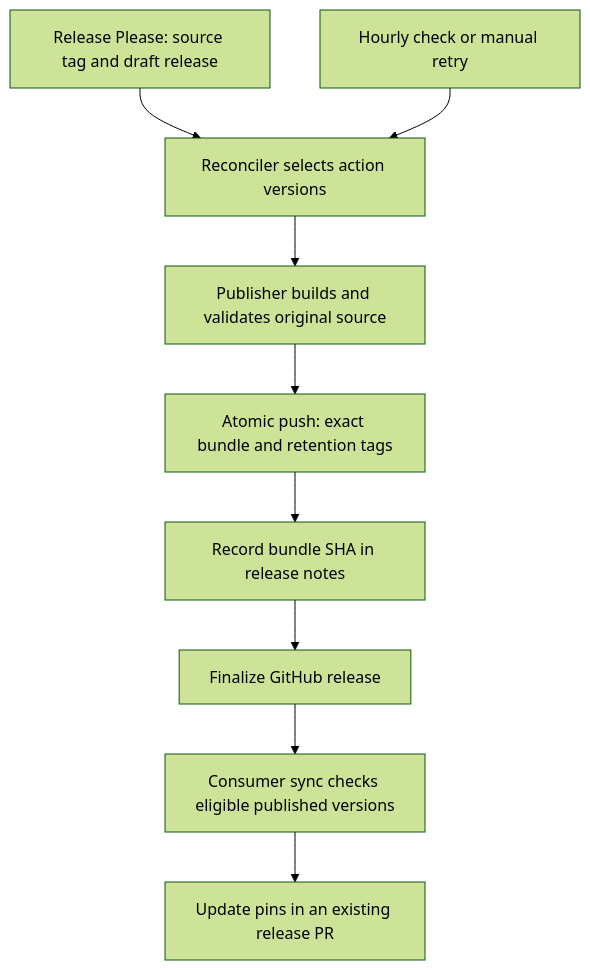
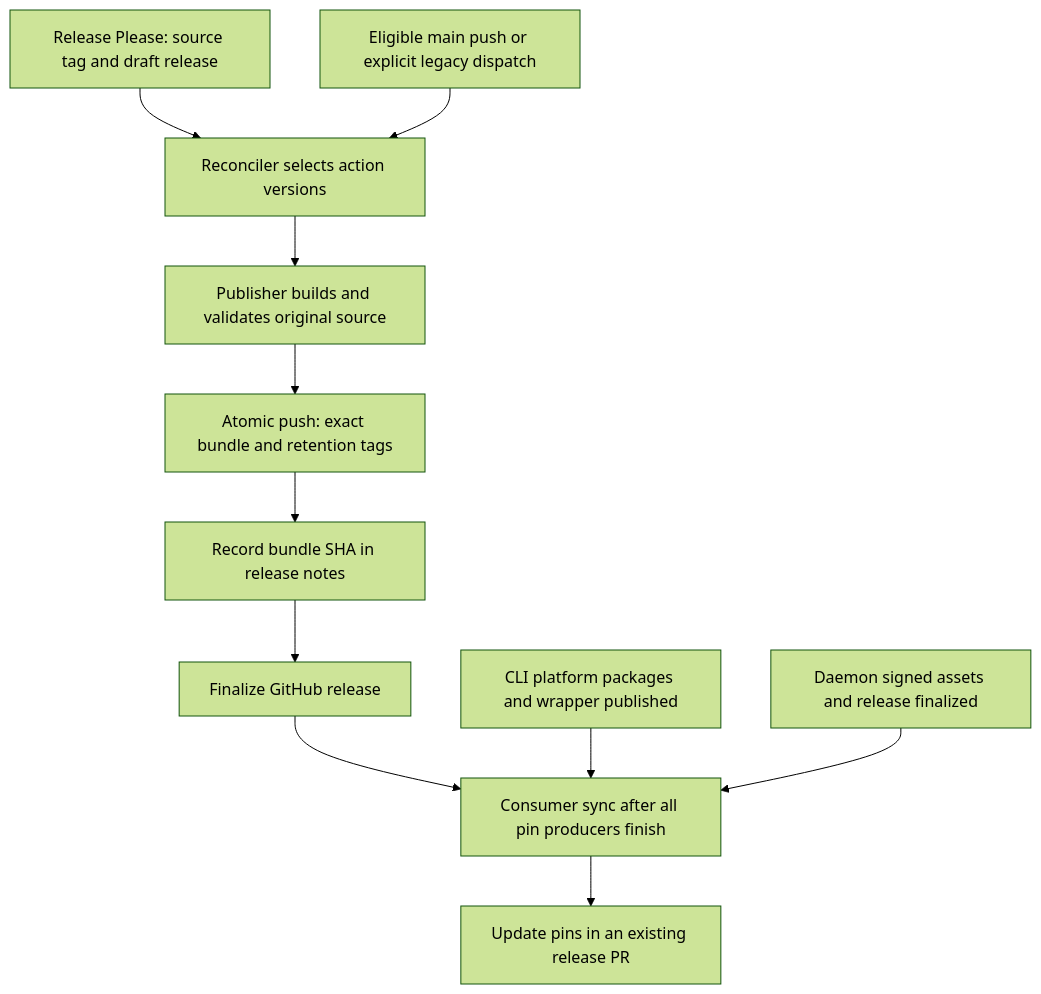
One commit to getlarge/themoltnet changed the diagram in docs/contribute/action-releases.md. Above: the diagram before and after it, drawn with Mermaid (forest theme). The commit also changed other lines of this file and 3 other files, not shown here.

````diff
--- a/docs/contribute/action-releases.md
+++ b/docs/contribute/action-releases.md
@@ -91,11 +93,13 @@
 ```mermaid
 flowchart TD
     A[Release Please: source tag and draft release] --> R[Reconciler selects action versions]
-    T[Hourly check or manual retry] --> R
+    T[Eligible main push or explicit legacy dispatch] --> R
     R --> B[Publisher builds and validates original source]
     B --> P[Atomic push: exact bundle and retention tags]
     P --> N[Record bundle SHA in release notes]
     N --> F[Finalize GitHub release]
-    F --> C[Consumer sync checks eligible published versions]
+    F --> C[Consumer sync after all pin producers finish]
+    CLI[CLI platform packages and wrapper published] --> C
+    D[Daemon signed assets and release finalized] --> C
     C --> PR[Update pins in an existing release PR]
 ```
````
